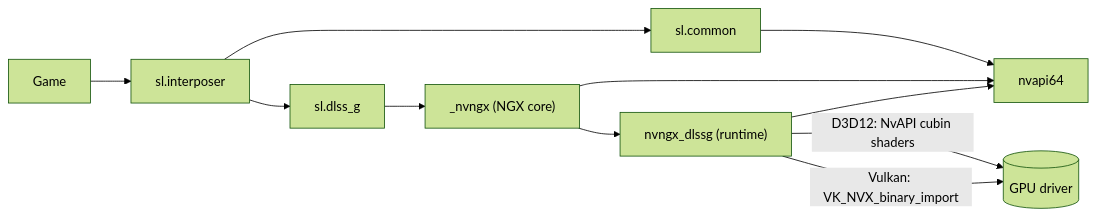
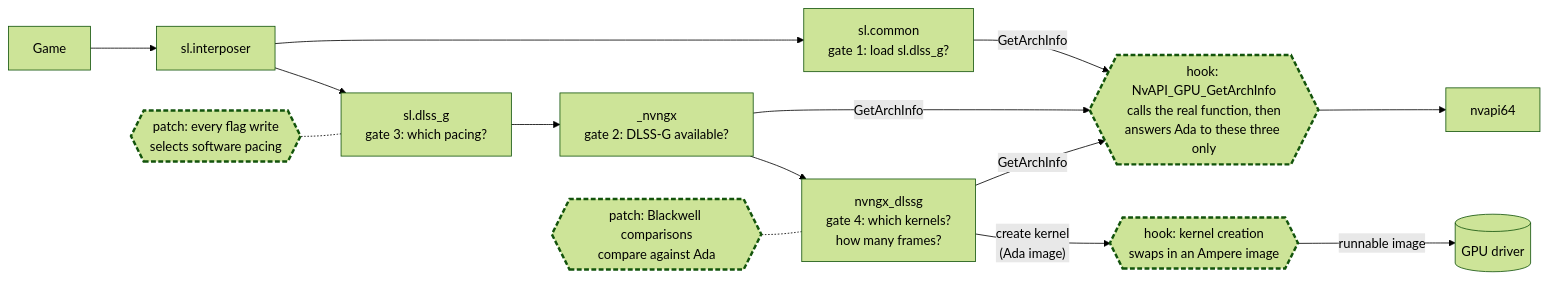
One commit to rodjunger/opendlssgenabler changed the first of 5 diagrams in docs/ARCHITECTURE.md. Above: the diagram before and after it, drawn with Mermaid (forest theme). The commit also changed other lines of this file, not shown here.

First line of the commit message:
Explain the hook points and PTX retargeting in the architecture doc

````diff
--- a/docs/ARCHITECTURE.md
+++ b/docs/ARCHITECTURE.md
@@ -40,13 +51,22 @@
 ```mermaid
 flowchart LR
     game["Game"] --> interposer["sl.interposer"]
-    interposer --> common["sl.common"]
-    interposer --> plugin["sl.dlss_g"]
-    plugin --> ngx["_nvngx (NGX core)"]
-    ngx --> runtime["nvngx_dlssg (runtime)"]
-    common --> nvapi["nvapi64"]
-    ngx --> nvapi
-    runtime --> nvapi
-    runtime -- "D3D12: NvAPI cubin shaders" --> driver[("GPU driver")]
-    runtime -- "Vulkan: VK_NVX_binary_import" --> driver
+    interposer --> common["sl.common<br/>gate 1: load sl.dlss_g?"]
+    interposer --> plugin["sl.dlss_g<br/>gate 3: which pacing?"]
+    plugin --> ngx["_nvngx<br/>gate 2: DLSS-G available?"]
+    ngx --> runtime["nvngx_dlssg<br/>gate 4: which kernels?<br/>how many frames?"]
+
+    common -- "GetArchInfo" --> arch
+    ngx -- "GetArchInfo" --> arch
+    runtime -- "GetArchInfo" --> arch
+    arch{{"hook: NvAPI_GPU_GetArchInfo<br/>calls the real function, then<br/>answers Ada to these three only"}} --> nvapi["nvapi64"]
+
+    pace{{"patch: every flag write<br/>selects software pacing"}} -.- plugin
+    mfg{{"patch: Blackwell comparisons<br/>compare against Ada"}} -.- runtime
+
+    runtime -- "create kernel<br/>(Ada image)" --> kern{{"hook: kernel creation<br/>swaps in an Ampere image"}}
+    kern -- "runnable image" --> driver[("GPU driver")]
+
+    classDef ours stroke-width:3px,stroke-dasharray:6 3
+    class arch,pace,mfg,kern ours
 ```
````
